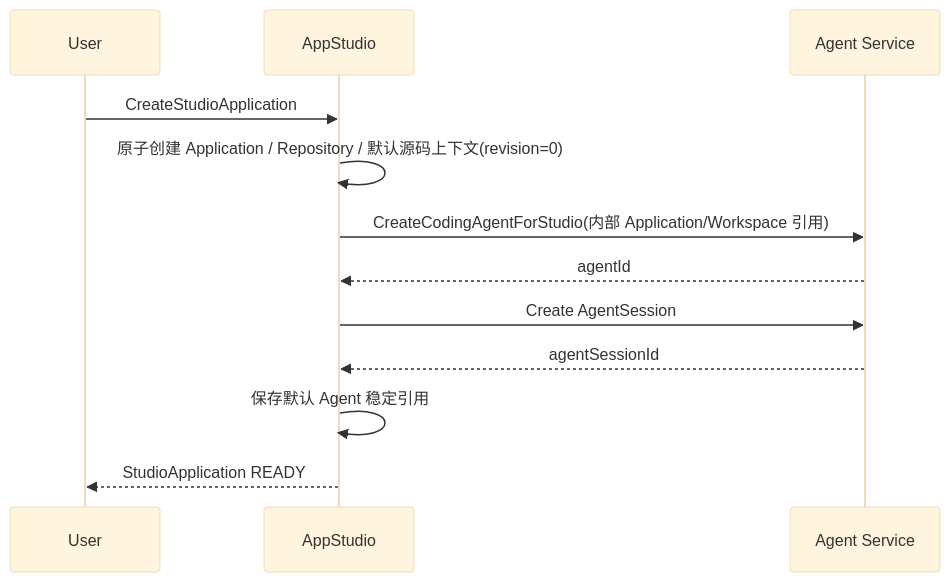
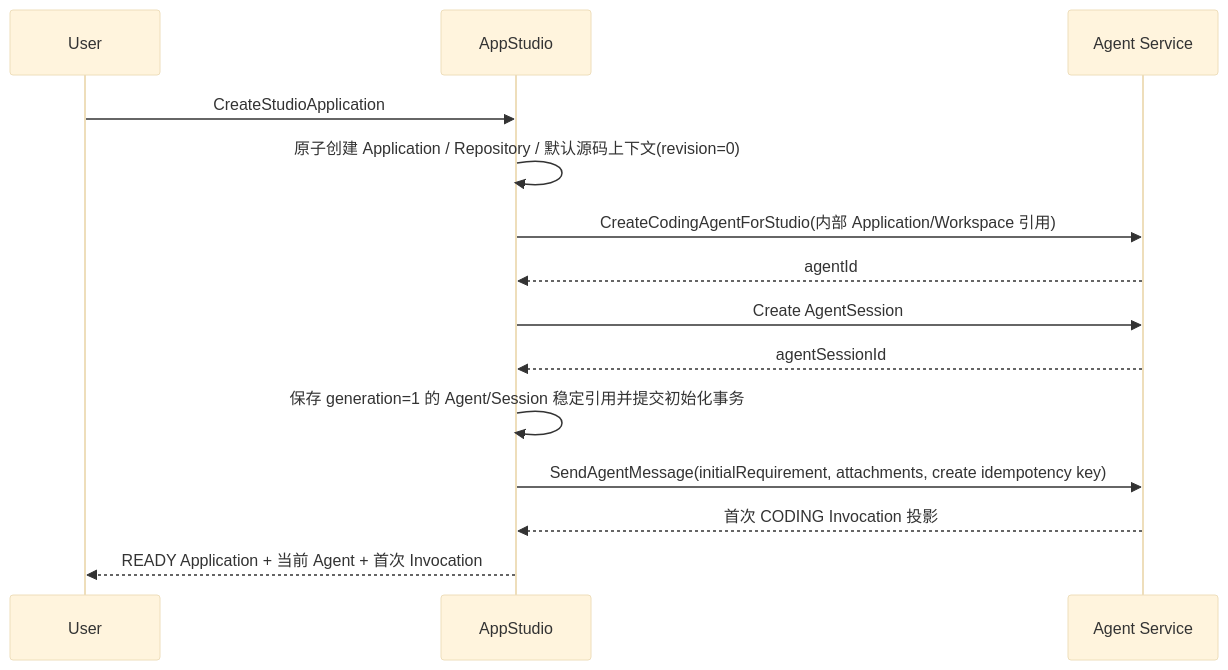
One commit to wangweihong/omnimam-spec changed the third of 11 diagrams in 00_product/domains/appstudio/product-spec.md. Above: the diagram before and after it, drawn with Mermaid (base theme). The commit also changed other lines of this file and 31 other files, not shown here.

Commit message:
spec: close AppStudio coding agent invocation flow

````diff
--- a/00_product/domains/appstudio/product-spec.md
+++ b/00_product/domains/appstudio/product-spec.md
@@ -1019,18 +1025,20 @@
 ```mermaid
 sequenceDiagram
     participant U as User
     participant ST as AppStudio
     participant AS as Agent Service
 
     U->>ST: CreateStudioApplication
     ST->>ST: 原子创建 Application / Repository / 默认源码上下文(revision=0)
 
     ST->>AS: CreateCodingAgentForStudio(内部 Application/Workspace 引用)
     AS-->>ST: agentId
 
     ST->>AS: Create AgentSession
     AS-->>ST: agentSessionId
 
-    ST->>ST: 保存默认 Agent 稳定引用
-    ST-->>U: StudioApplication READY
+    ST->>ST: 保存 generation=1 的 Agent/Session 稳定引用并提交初始化事务
+    ST->>AS: SendAgentMessage(initialRequirement, attachments, create idempotency key)
+    AS-->>ST: 首次 CODING Invocation 投影
+    ST-->>U: READY Application + 当前 Agent + 首次 Invocation
 ```
````
